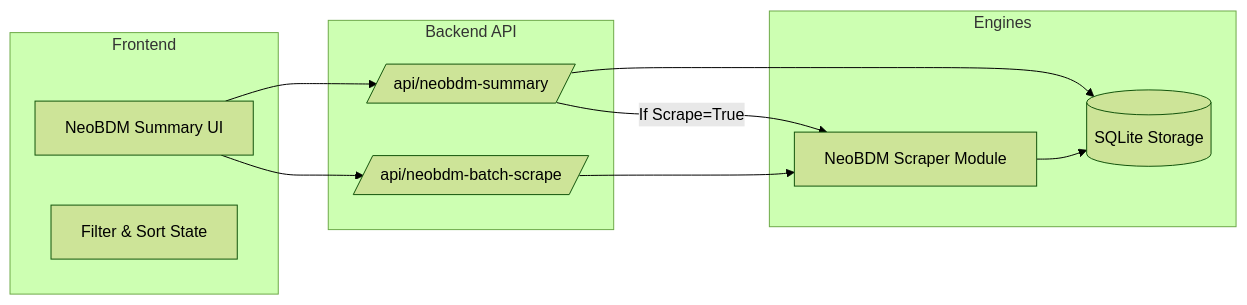
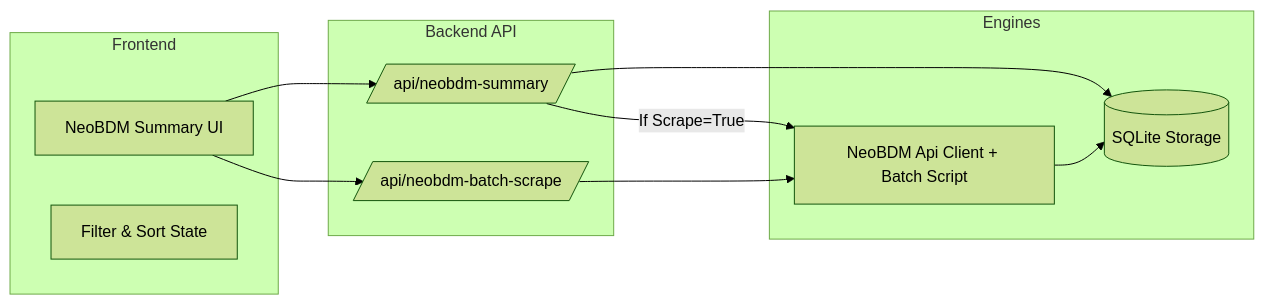
The fourth of 5 diagrams in docs/MARKET_SUMMARY_DOCUMENTATION.md (juanpradana/MarketPulse), drawn with Mermaid (forest theme) before and after one commit. The commit also changed other lines of this file and 10 other files, not shown here.

````diff
--- a/docs/MARKET_SUMMARY_DOCUMENTATION.md
+++ b/docs/MARKET_SUMMARY_DOCUMENTATION.md
@@ -121,24 +121,24 @@
 ```mermaid
 graph LR
     subgraph "Frontend"
     UI[NeoBDM Summary UI]
     State[Filter & Sort State]
     end
 
     subgraph "Backend API"
     API[/api/neobdm-summary/]
     SYNC[/api/neobdm-batch-scrape/]
     end
 
     subgraph "Engines"
-    SCRAPE[NeoBDM Scraper Module]
+    SCRAPE[NeoBDM Api Client + Batch Script]
     DB[(SQLite Storage)]
     end
 
     UI --> API
     UI --> SYNC
     API --> DB
     SYNC --> SCRAPE
     SCRAPE --> DB
     API -- If Scrape=True --> SCRAPE
 ```
````
